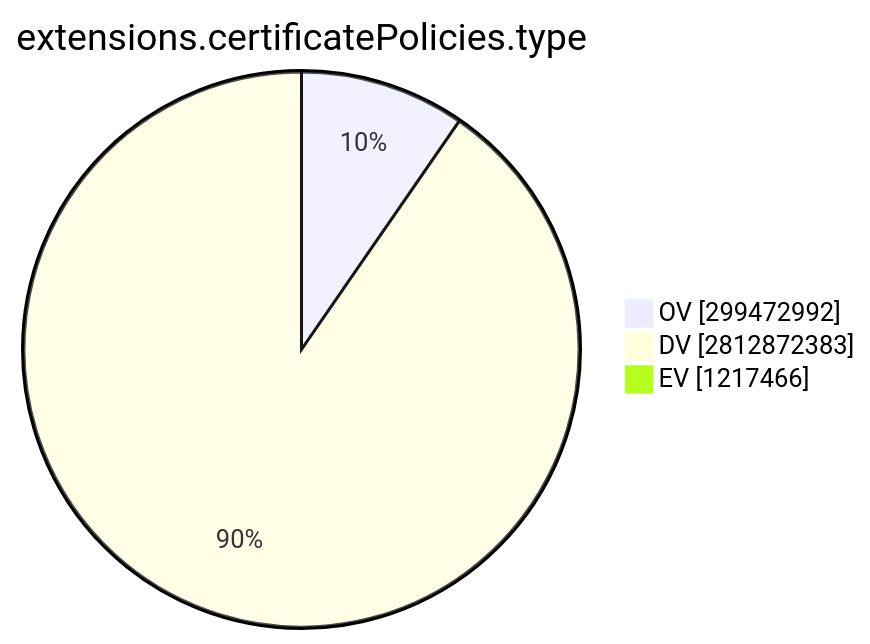
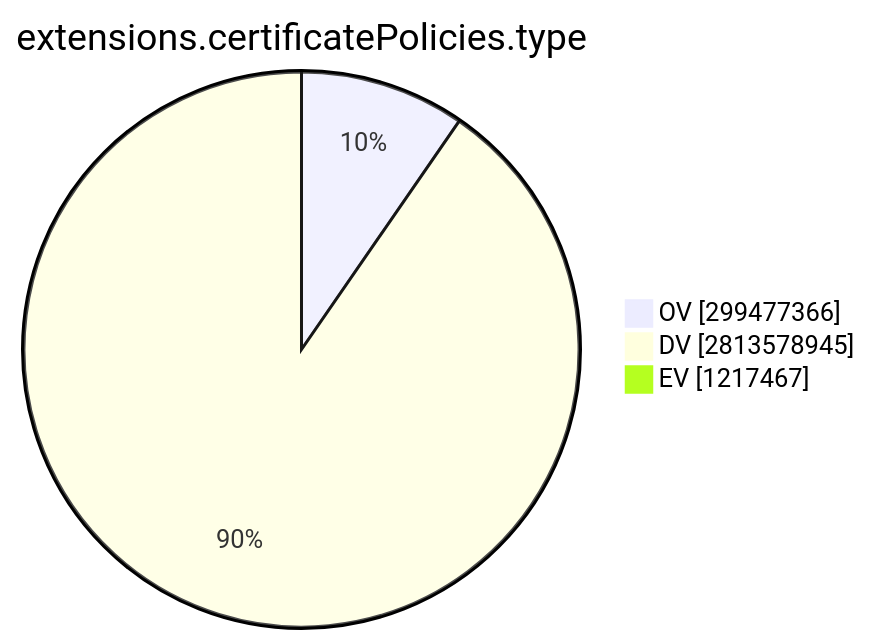
One commit to christiankrug/ctmonitor_visualization changed the ninth of 15 diagrams in TOTAL/README.md. Above: the diagram before and after it, drawn with Mermaid. The commit also changed other lines of this file, not shown here.

````diff
--- a/TOTAL/README.md
+++ b/TOTAL/README.md
@@ -3101,7 +3101,7 @@
 ```mermaid
 pie showData
 title extensions.certificatePolicies.type
-"OV" :299472992
-"DV" :2812872383
-"EV" :1217466
+"OV" :299477366
+"DV" :2813578945
+"EV" :1217467
 ```
````
